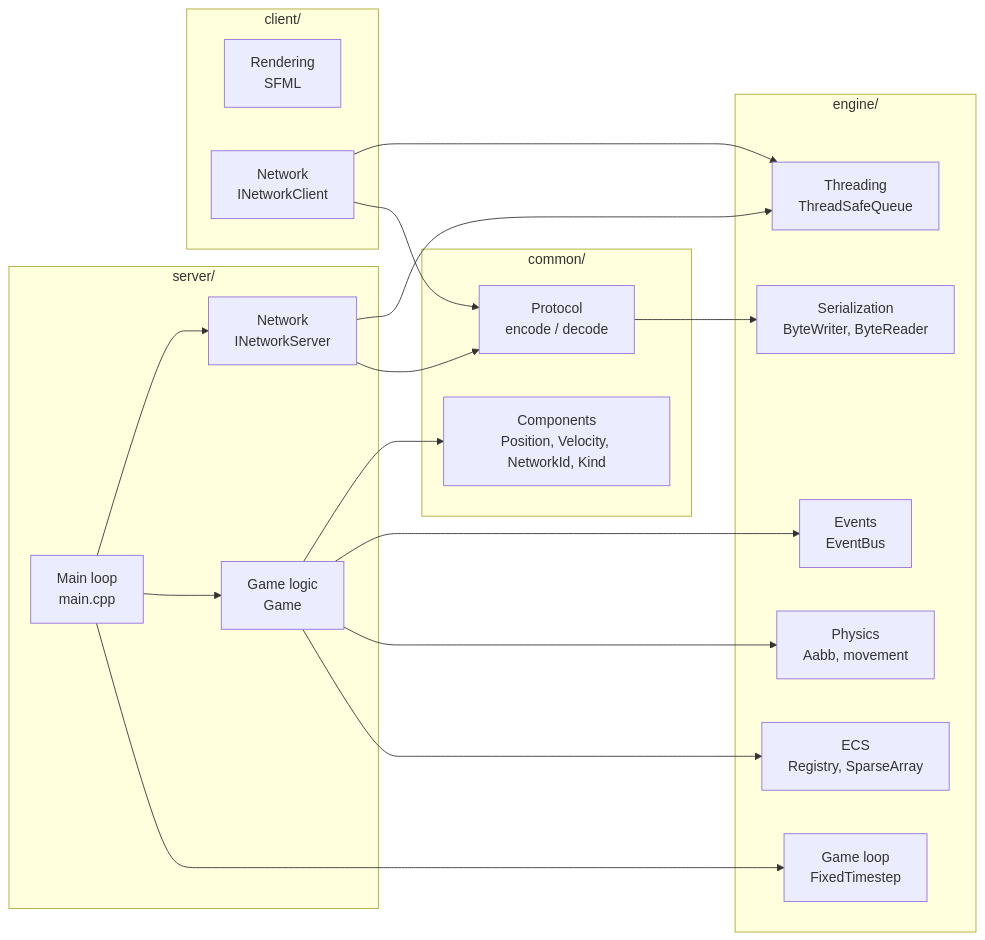
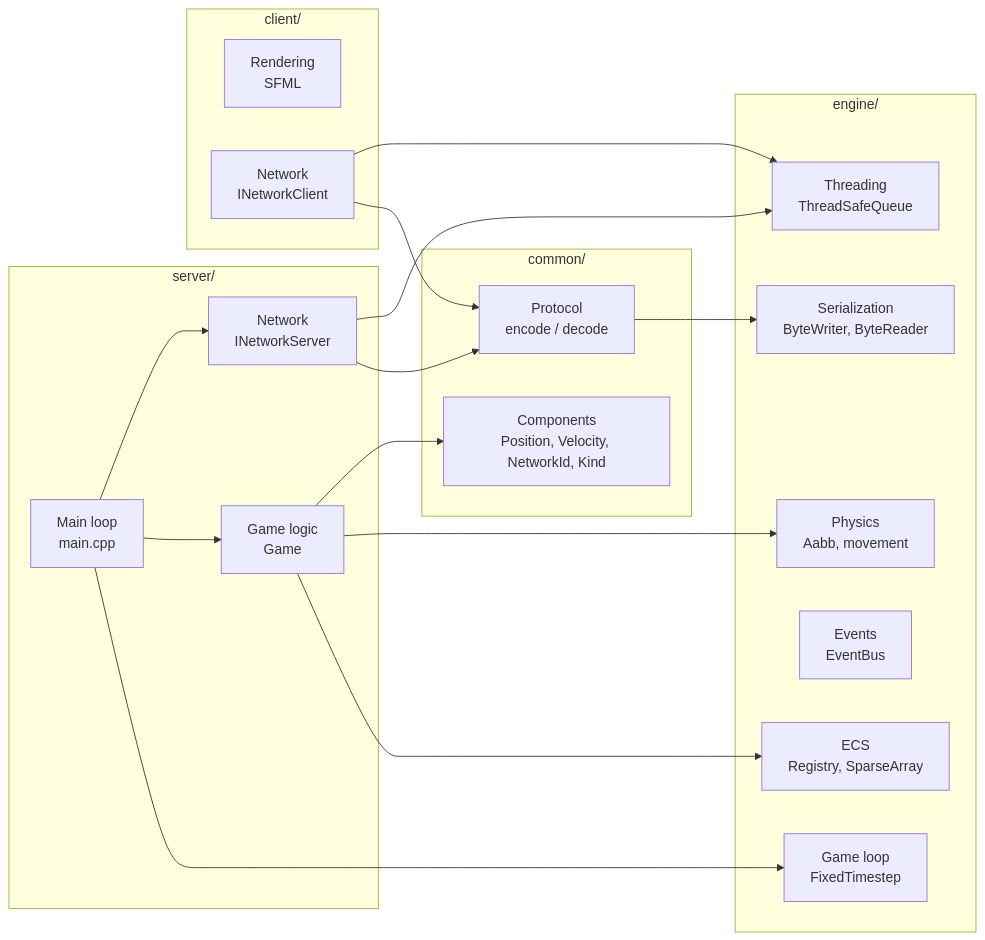
One commit to Nivek-Hyn/epitech-rtype changed the second of 6 diagrams in docs/architecture.md. Above: the diagram before and after it, drawn with Mermaid. The commit also changed other lines of this file and 2 other files, not shown here.

````diff
--- a/docs/architecture.md
+++ b/docs/architecture.md
@@ -45,36 +50,35 @@
 ```mermaid
 flowchart LR
     subgraph Engine["engine/"]
         ECS["ECS<br/>Registry, SparseArray"]
         Loop["Game loop<br/>FixedTimestep"]
         Physics["Physics<br/>Aabb, movement"]
         Events["Events<br/>EventBus"]
         Bytes["Serialization<br/>ByteWriter, ByteReader"]
         Queue["Threading<br/>ThreadSafeQueue"]
     end
     subgraph Common["common/"]
         Protocol["Protocol<br/>encode / decode"]
         Components["Components<br/>Position, Velocity, NetworkId, Kind"]
     end
     subgraph Server["server/"]
         ServerMain["Main loop<br/>main.cpp"]
         Game["Game logic<br/>Game"]
         ServerNet["Network<br/>INetworkServer"]
     end
     subgraph Client["client/"]
         Render["Rendering<br/>SFML"]
         ClientNet["Network<br/>INetworkClient"]
     end
     Protocol --> Bytes
     ServerMain --> Loop
     ServerMain --> Game
     ServerMain --> ServerNet
     Game --> ECS
     Game --> Physics
-    Game --> Events
     Game --> Components
     ServerNet --> Protocol
     ServerNet --> Queue
     ClientNet --> Protocol
     ClientNet --> Queue
 ```
````
